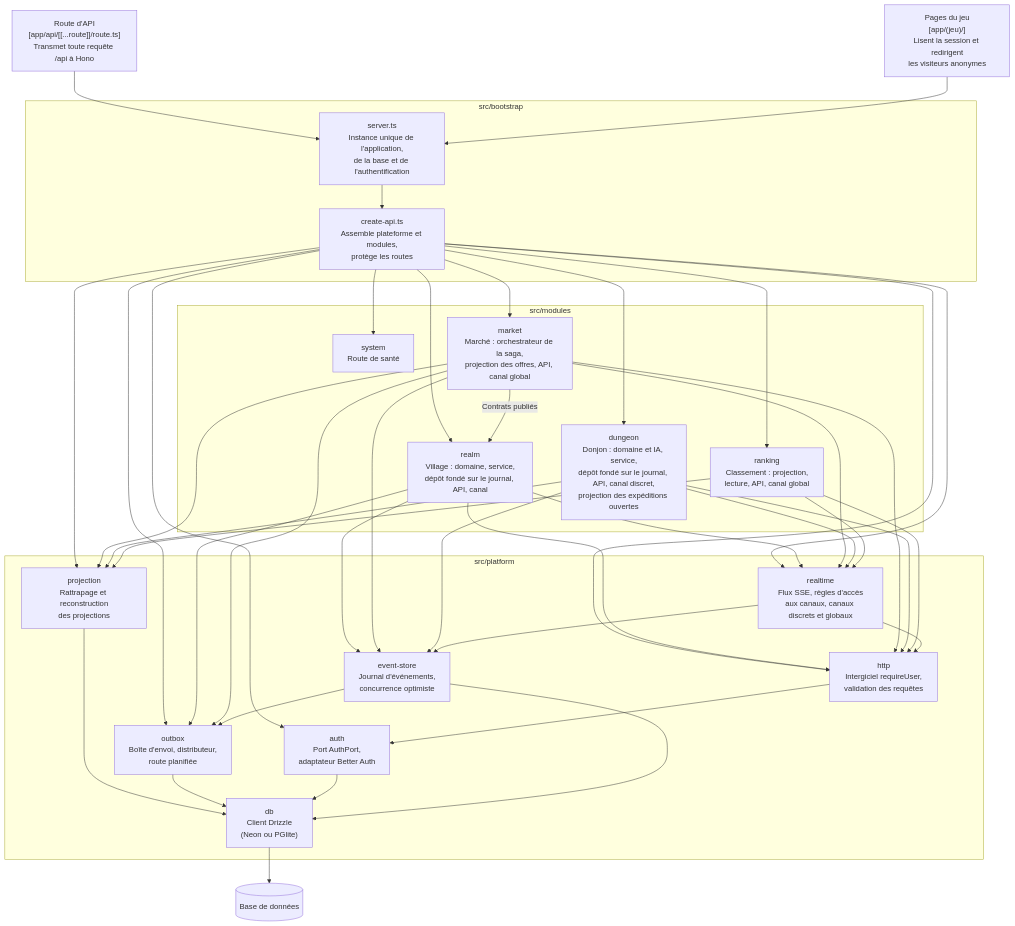
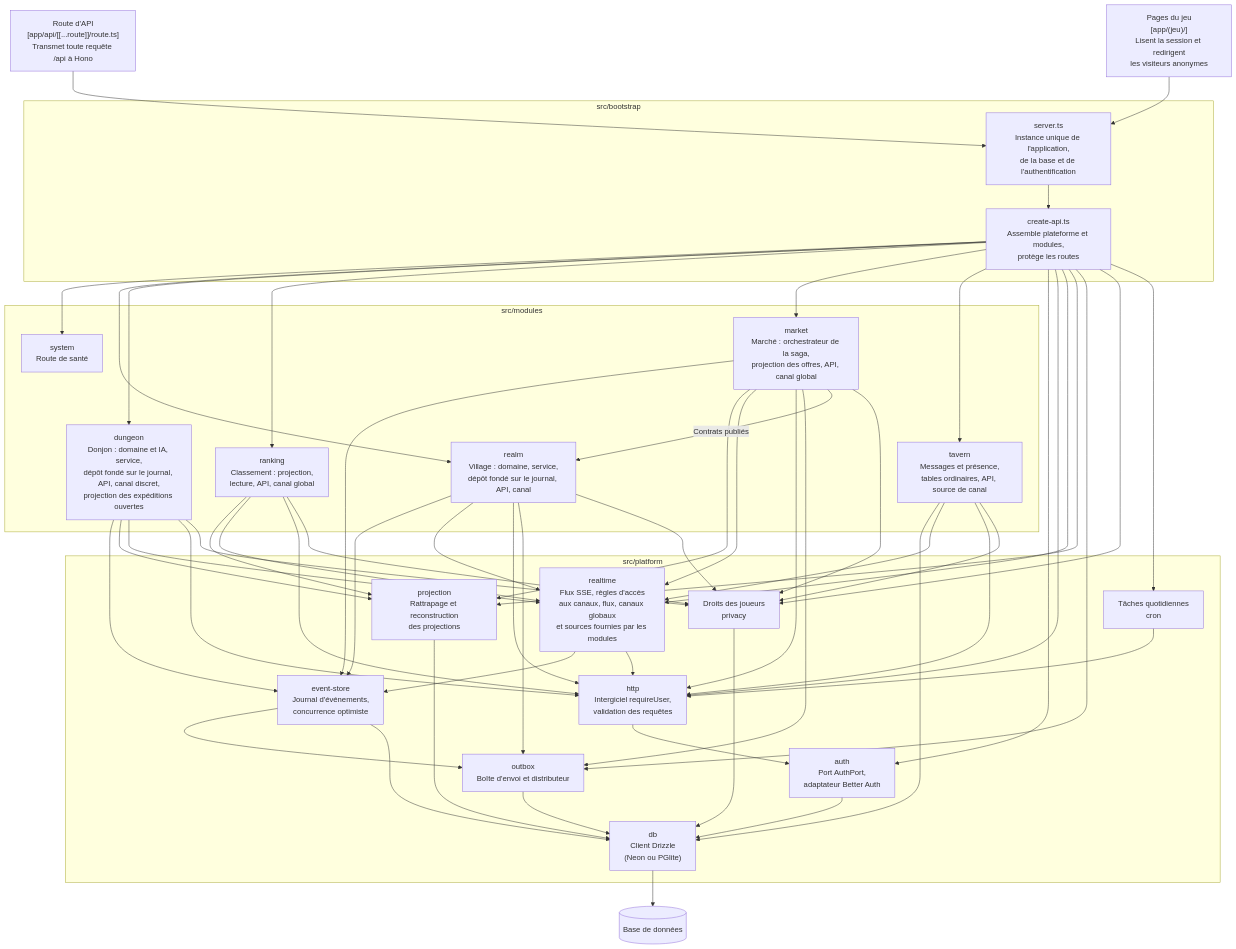
Before and after one commit to leon-morival/kingdom: the third of 4 diagrams in docs/architecture.md, drawn with Mermaid. The commit also changed other lines of this file and 3 other files, not shown here.

Commit message:
docs: describe tavern privacy flows and validate production behavior

````diff
--- a/docs/architecture.md
+++ b/docs/architecture.md
@@ -58,43 +63,50 @@
 ```mermaid
 flowchart TB
   route["Route d'API<br/>[app/api/[[...route]]/route.ts]<br/>Transmet toute requête /api à Hono"]
   pages["Pages du jeu<br/>[app/(jeu)/]<br/>Lisent la session et redirigent<br/>les visiteurs anonymes"]
   subgraph bootstrap["src/bootstrap"]
     server["server.ts<br/>Instance unique de l'application,<br/>de la base et de l'authentification"]
     createapi["create-api.ts<br/>Assemble plateforme et modules,<br/>protège les routes"]
   end
   subgraph modules["src/modules"]
     system["system<br/>Route de santé"]
     realm["realm<br/>Village : domaine, service,<br/>dépôt fondé sur le journal, API, canal"]
     dungeon["dungeon<br/>Donjon : domaine et IA, service,<br/>dépôt fondé sur le journal, API, canal discret,<br/>projection des expéditions ouvertes"]
     ranking["ranking<br/>Classement : projection,<br/>lecture, API, canal global"]
     market["market<br/>Marché : orchestrateur de la saga,<br/>projection des offres, API, canal global"]
+    tavern["tavern<br/>Messages et présence,<br/>tables ordinaires, API, source de canal"]
   end
   subgraph platform["src/platform"]
     auth["auth<br/>Port AuthPort,<br/>adaptateur Better Auth"]
     http["http<br/>Intergiciel requireUser,<br/>validation des requêtes"]
-    realtime["realtime<br/>Flux SSE, règles d'accès<br/>aux canaux, canaux discrets et globaux"]
+    realtime["realtime<br/>Flux SSE, règles d'accès<br/>aux canaux, flux, canaux globaux<br/>et sources fournies par les modules"]
     store["event-store<br/>Journal d'événements,<br/>concurrence optimiste"]
     projection["projection<br/>Rattrapage et reconstruction<br/>des projections"]
-    outbox["outbox<br/>Boîte d'envoi, distributeur,<br/>route planifiée"]
+    outbox["outbox<br/>Boîte d'envoi et distributeur"]
+    privacy["Droits des joueurs<br/>privacy"]
+    cronapi["Tâches quotidiennes<br/>cron"]
     db["db<br/>Client Drizzle<br/>(Neon ou PGlite)"]
   end
   base[("Base de données")]
   route --> server
   pages --> server
   server --> createapi
-  createapi --> system & realm & dungeon & ranking & market & auth & http & realtime & projection & outbox
+  createapi --> system & realm & dungeon & ranking & market & tavern & auth & http & realtime & projection & outbox & privacy & cronapi
   realm --> store & realtime & http & outbox
   market --> store & projection & realtime & http & outbox
   market -->|"Contrats publiés"| realm
   dungeon --> store & projection & realtime & http
   ranking --> projection & realtime & http
+  tavern --> db & realtime & http & privacy
+  realm & dungeon & market & ranking --> privacy
+  privacy --> db
+  cronapi --> http
   realtime --> store & http
   projection --> db
   store --> outbox
   outbox --> db
   http --> auth
   auth --> db
   store --> db
   db --> base
 ```
````
